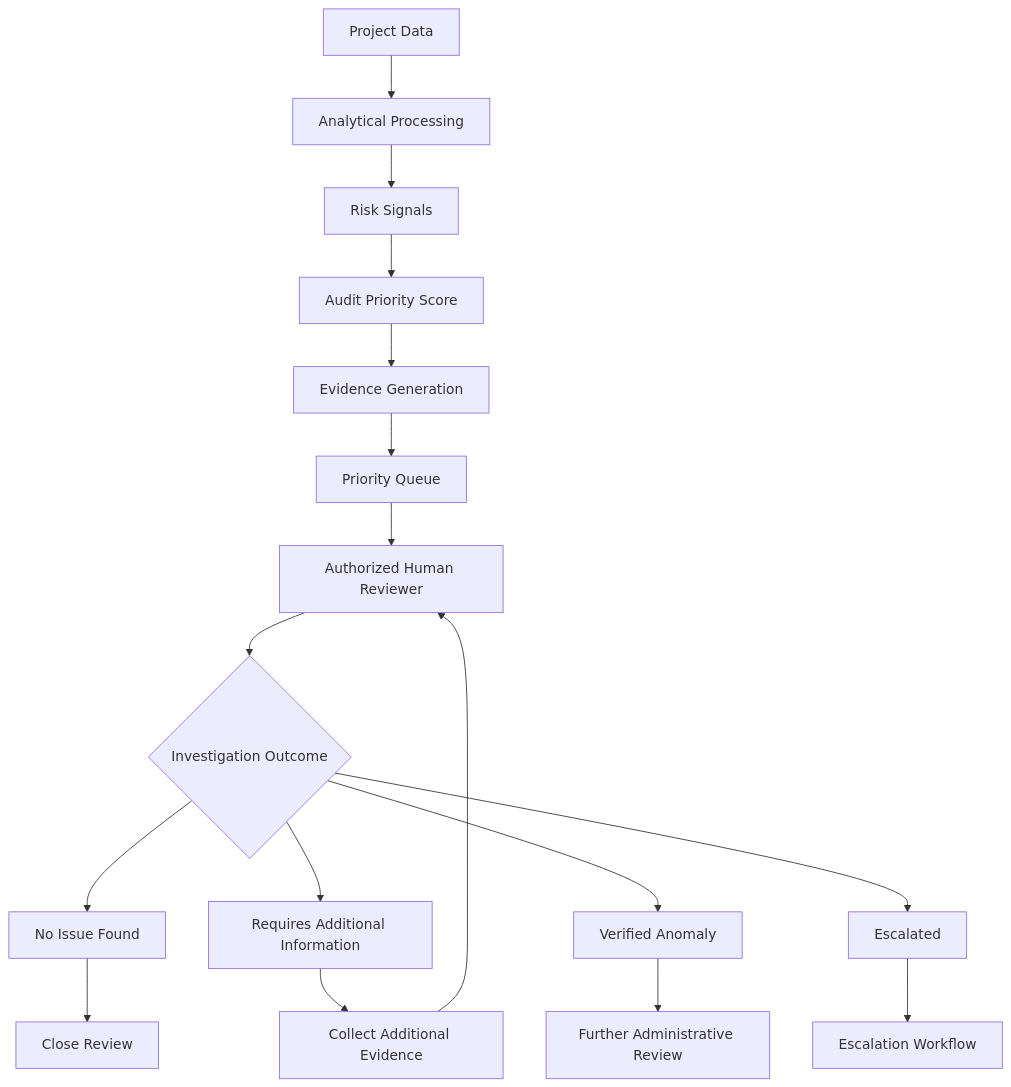
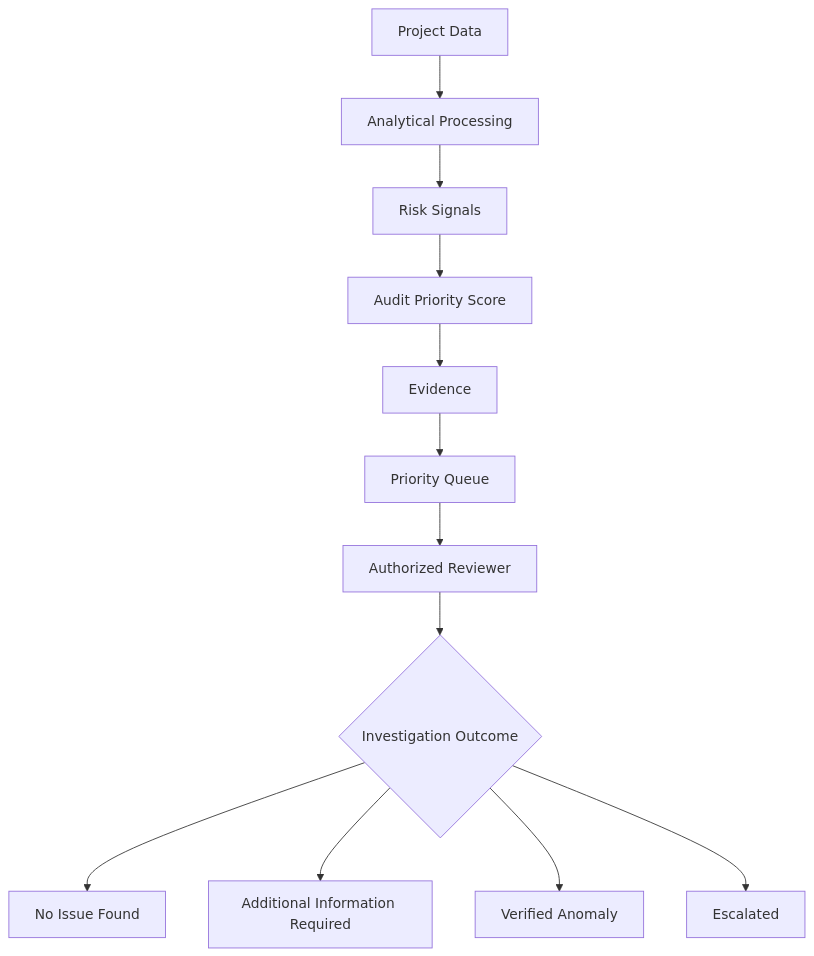
Before and after one commit to the-nidhi-bhat/mplads-sentinel: the ninth of 19 diagrams in README.md, drawn with Mermaid. The commit also changed other lines of this file, not shown here.

````diff
--- a/README.md
+++ b/README.md
@@ -593,33 +353,17 @@
 ```mermaid
 flowchart TD
-
     A["Project Data"]
     --> B["Analytical Processing"]
-
-    B --> C["Risk Signals"]
-
-    C --> D["Audit Priority Score"]
-
-    D --> E["Evidence Generation"]
-
-    E --> F["Priority Queue"]
-
-    F --> G["Authorized Human Reviewer"]
+    --> C["Risk Signals"]
+    --> D["Audit Priority Score"]
+    --> E["Evidence"]
+    --> F["Priority Queue"]
+    --> G["Authorized Reviewer"]
 
     G --> H{"Investigation Outcome"}
 
     H --> I["No Issue Found"]
-    H --> J["Requires Additional Information"]
+    H --> J["Additional Information Required"]
     H --> K["Verified Anomaly"]
     H --> L["Escalated"]
-
-    I --> M["Close Review"]
-
-    J --> N["Collect Additional Evidence"]
-
-    N --> G
-
-    K --> O["Further Administrative Review"]
-
-    L --> P["Escalation Workflow"]
 ```
````
